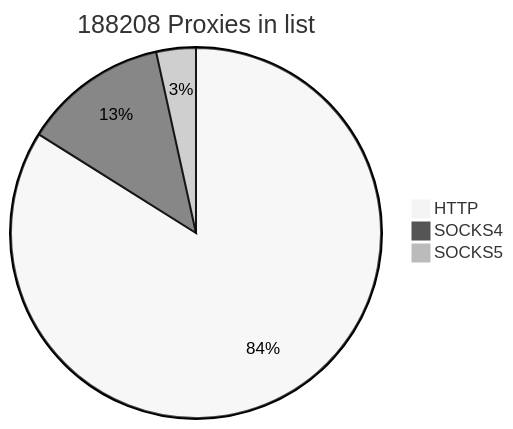
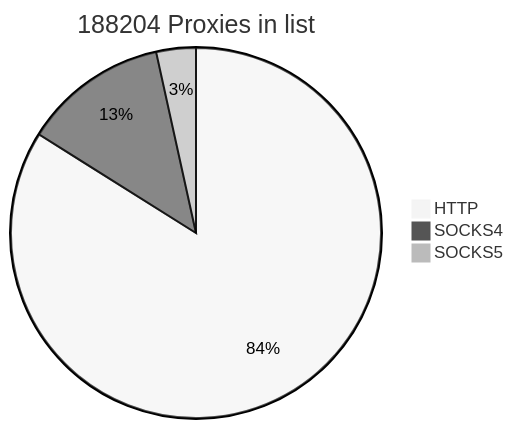
The first of 2 diagrams in README.md (cutipu/proxylist), drawn with Mermaid (neutral theme) before and after one commit. The commit also changed other lines of this file, not shown here.

````diff
--- a/README.md
+++ b/README.md
@@ -2,7 +2,7 @@
 ```mermaid
-pie title 188208 Proxies in list
-    "HTTP" : 157962
-    "SOCKS4" : 23747
+pie title 188204 Proxies in list
+    "HTTP" : 157961
+    "SOCKS4" : 23744
     "SOCKS5" : 6499
             
 ```
````
